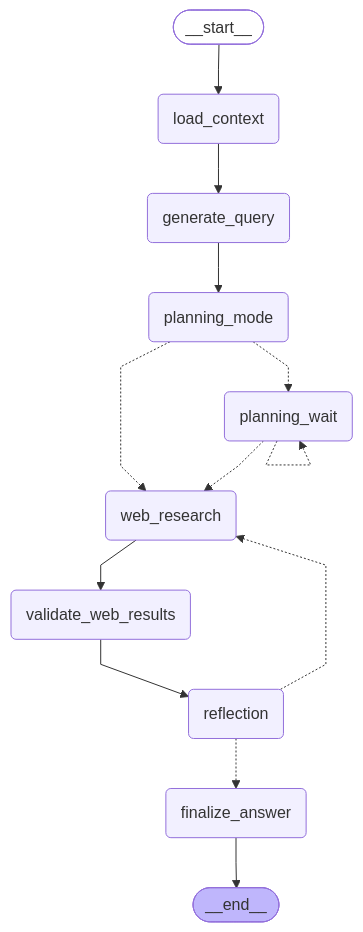
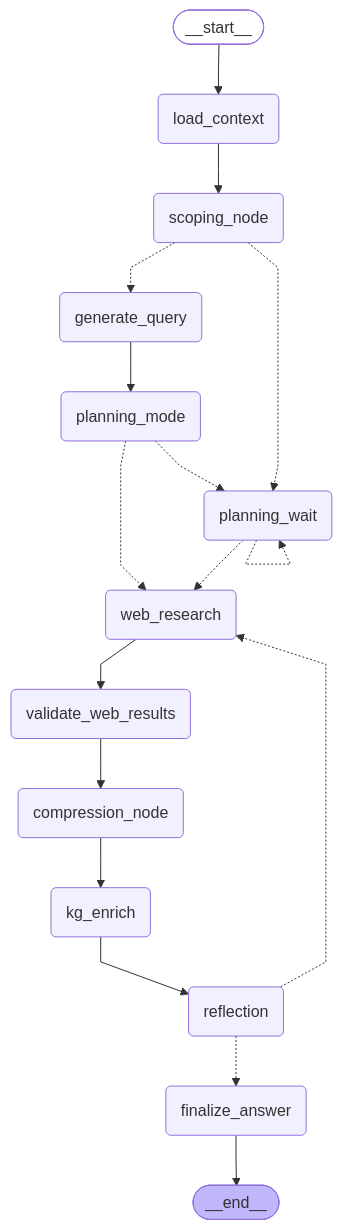
Before and after one commit to MasumRab/gemini-fullstack-langgraph-quickstart: the diagram in proposed_improved_graph.mermaid, drawn with Mermaid. The commit also changed 4 other files, not shown here.

```diff
--- a/proposed_improved_graph.mermaid
+++ b/proposed_improved_graph.mermaid
@@ -1,31 +1,38 @@
 ---
 config:
   flowchart:
     curve: linear
 ---
 graph TD;
 	__start__([<p>__start__</p>]):::first
 	load_context(load_context)
+	scoping_node(scoping_node)
 	generate_query(generate_query)
 	planning_mode(planning_mode)
 	planning_wait(planning_wait)
 	web_research(web_research)
 	validate_web_results(validate_web_results)
+	compression_node(compression_node)
+	kg_enrich(kg_enrich)
 	reflection(reflection)
 	finalize_answer(finalize_answer)
 	__end__([<p>__end__</p>]):::last
 	__start__ --> load_context;
+	compression_node --> kg_enrich;
 	generate_query --> planning_mode;
-	load_context --> generate_query;
+	kg_enrich --> reflection;
+	load_context --> scoping_node;
 	planning_mode -.-> planning_wait;
 	planning_mode -.-> web_research;
 	planning_wait -.-> web_research;
 	reflection -.-> finalize_answer;
 	reflection -.-> web_research;
-	validate_web_results --> reflection;
+	scoping_node -.-> generate_query;
+	scoping_node -.-> planning_wait;
+	validate_web_results --> compression_node;
 	web_research --> validate_web_results;
 	finalize_answer --> __end__;
 	planning_wait -.-> planning_wait;
 	classDef default fill:#f2f0ff,line-height:1.2
 	classDef first fill-opacity:0
 	classDef last fill:#bfb6fc
```
